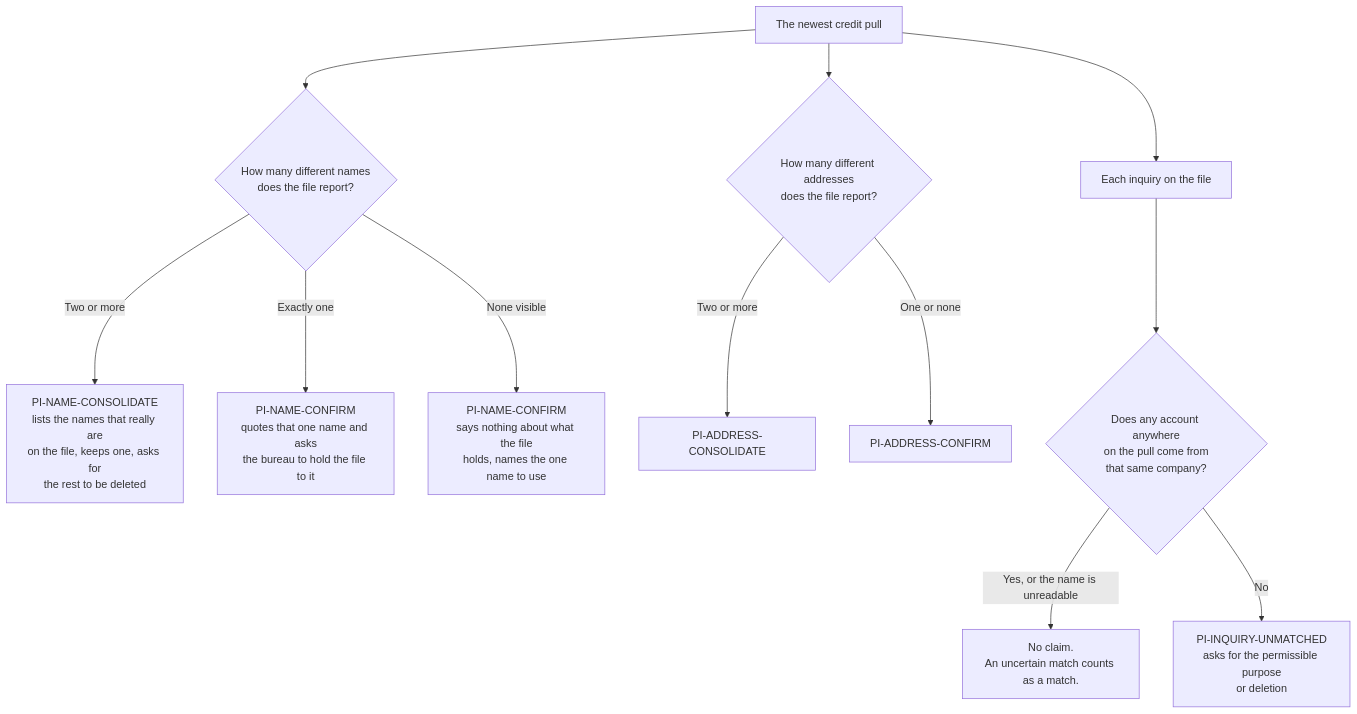
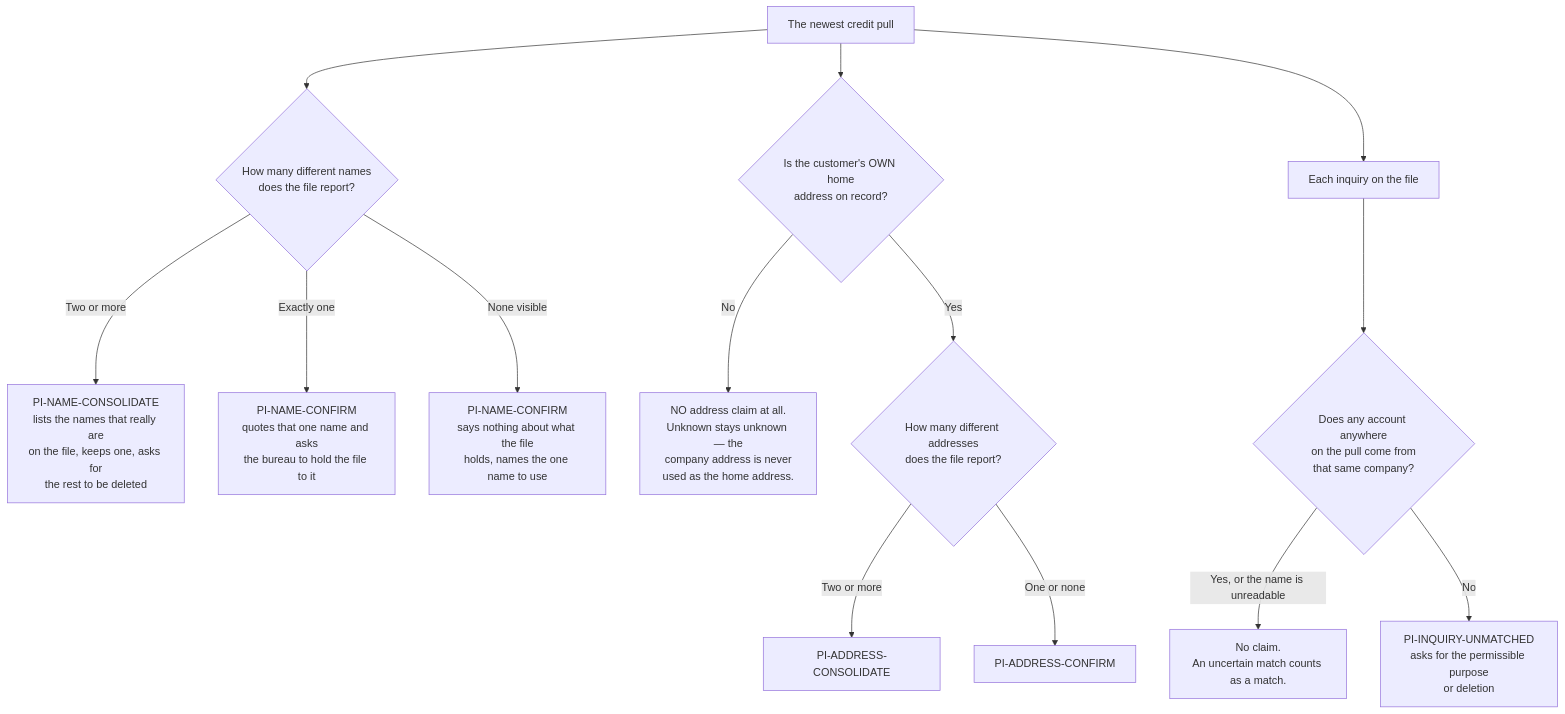
One commit to ZootimusMaximusSupreme/Fundhub_ai changed the second of 2 diagrams in docs/journeys/repair-floor-flow.md. Above: the diagram before and after it, drawn with Mermaid. The commit also changed other lines of this file and 10 other files, not shown here.

````diff
--- a/docs/journeys/repair-floor-flow.md
+++ b/docs/journeys/repair-floor-flow.md
@@ -47,16 +54,18 @@
 ```mermaid
 flowchart TD
     S[The newest credit pull] --> N{How many different names<br/>does the file report?}
     N -->|Two or more| N2[PI-NAME-CONSOLIDATE<br/>lists the names that really are<br/>on the file, keeps one, asks for<br/>the rest to be deleted]
     N -->|Exactly one| N1[PI-NAME-CONFIRM<br/>quotes that one name and asks<br/>the bureau to hold the file to it]
     N -->|None visible| N0[PI-NAME-CONFIRM<br/>says nothing about what the file<br/>holds, names the one name to use]
 
-    S --> D{How many different addresses<br/>does the file report?}
+    S --> A0{Is the customer's OWN home<br/>address on record?}
+    A0 -->|No| A1[NO address claim at all.<br/>Unknown stays unknown — the<br/>company address is never<br/>used as the home address.]
+    A0 -->|Yes| D{How many different addresses<br/>does the file report?}
     D -->|Two or more| D2[PI-ADDRESS-CONSOLIDATE]
     D -->|One or none| D1[PI-ADDRESS-CONFIRM]
 
     S --> Q[Each inquiry on the file]
     Q --> Q1{Does any account anywhere<br/>on the pull come from<br/>that same company?}
     Q1 -->|Yes, or the name is unreadable| Q2[No claim.<br/>An uncertain match counts as a match.]
     Q1 -->|No| Q3[PI-INQUIRY-UNMATCHED<br/>asks for the permissible purpose<br/>or deletion]
 ```
````
